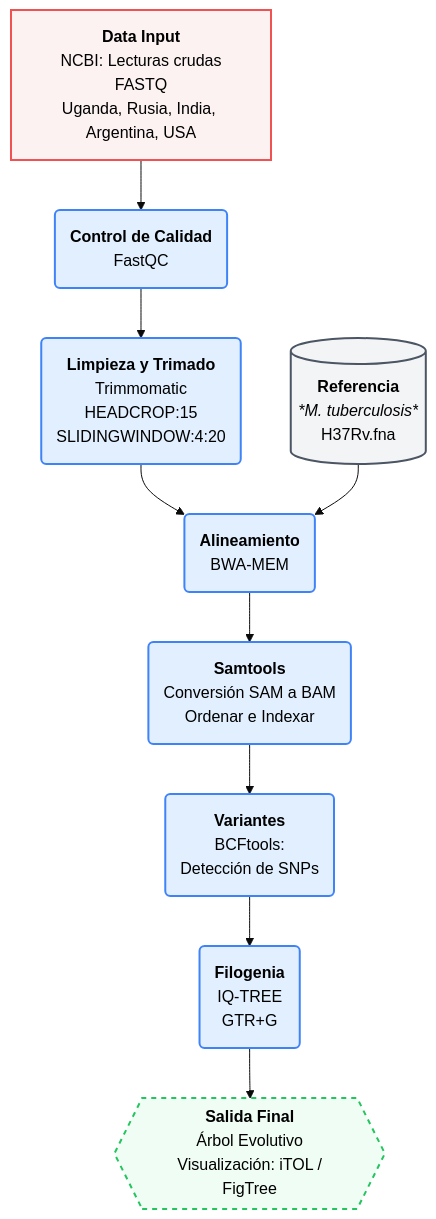
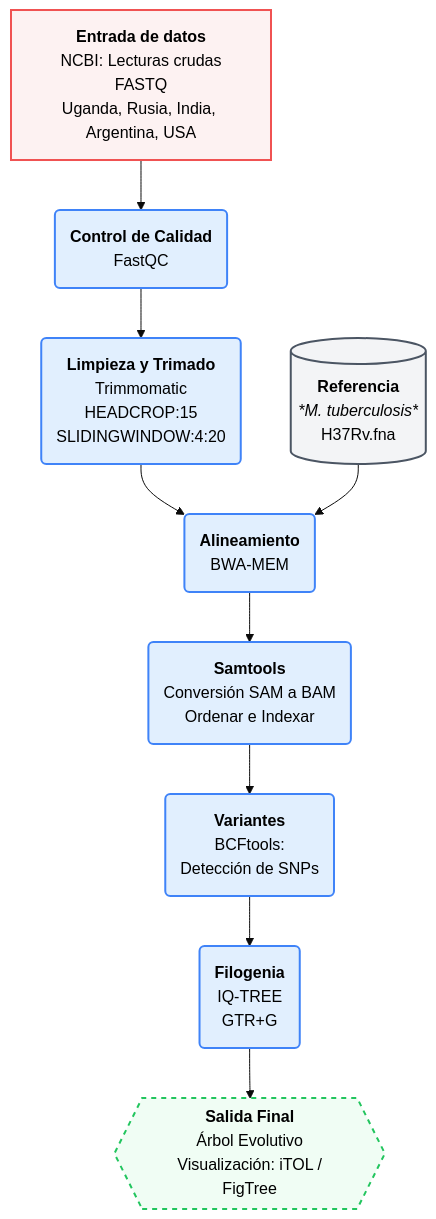
The diagram in README.md (lauraperezm2912/MBM_G2), drawn with Mermaid (base theme) before and after one commit.

````diff
--- a/README.md
+++ b/README.md
@@ -22,38 +22,38 @@
 ```mermaid
 graph TB
     %% Definición de Estilos (Tus colores originales)
     classDef input fill:#fdf2f2,stroke:#f05252,stroke-width:2px,color:#000;
     classDef process fill:#e1effe,stroke:#3f83f8,stroke-width:2px,color:#000;
     classDef reference fill:#f3f4f6,stroke:#4b5563,stroke-width:2px,color:#000;
     classDef output fill:#f0fdf4,stroke:#22c55e,stroke-width:2px,color:#000,stroke-dasharray: 5 5;
 
     %% Nivel 1: Entrada
-    Raw[<b>Data Input</b><br/> NCBI: Lecturas crudas FASTQ<br/>Uganda, Rusia, India, Argentina, USA]:::input
+    Raw[<b>Entrada de datos</b><br/> NCBI: Lecturas crudas FASTQ<br/>Uganda, Rusia, India, Argentina, USA]:::input
 
     %% Nivel 2: Calidad
     FQC(<b>Control de Calidad</b><br/>FastQC):::process
     Trim(<b>Limpieza y Trimado</b><br/>Trimmomatic<br/>HEADCROP:15<br/>SLIDINGWINDOW:4:20):::process
 
     %% Nivel 3: Alineamiento
     Ref[(<b>Referencia</b><br/><i>*M. tuberculosis*</i><br/>H37Rv.fna)]:::reference
     Map(<b>Alineamiento</b><br/>BWA-MEM):::process
 
     %% Nivel 4: Post-procesamiento
     SAM(<b>Samtools</b><br/> Conversión SAM a BAM<br/>Ordenar e Indexar):::process
     VCF(<b>Variantes</b><br/>BCFtools:<br/>Detección de SNPs):::process
 
     %% Nivel 5: Resultado
     Phylo(<b>Filogenia</b><br/>IQ-TREE<br/>GTR+G):::process
     Tree{{<b>Salida Final</b><br/>Árbol Evolutivo<br/> Visualización: iTOL / FigTree}}:::output
 
     %% Flujo Vertical
     Raw --> FQC
     FQC --> Trim
     Trim --> Map
     Ref --> Map
     Map --> SAM
     SAM --> VCF
     VCF --> Phylo
     Phylo --> Tree  
    
 ```
````
